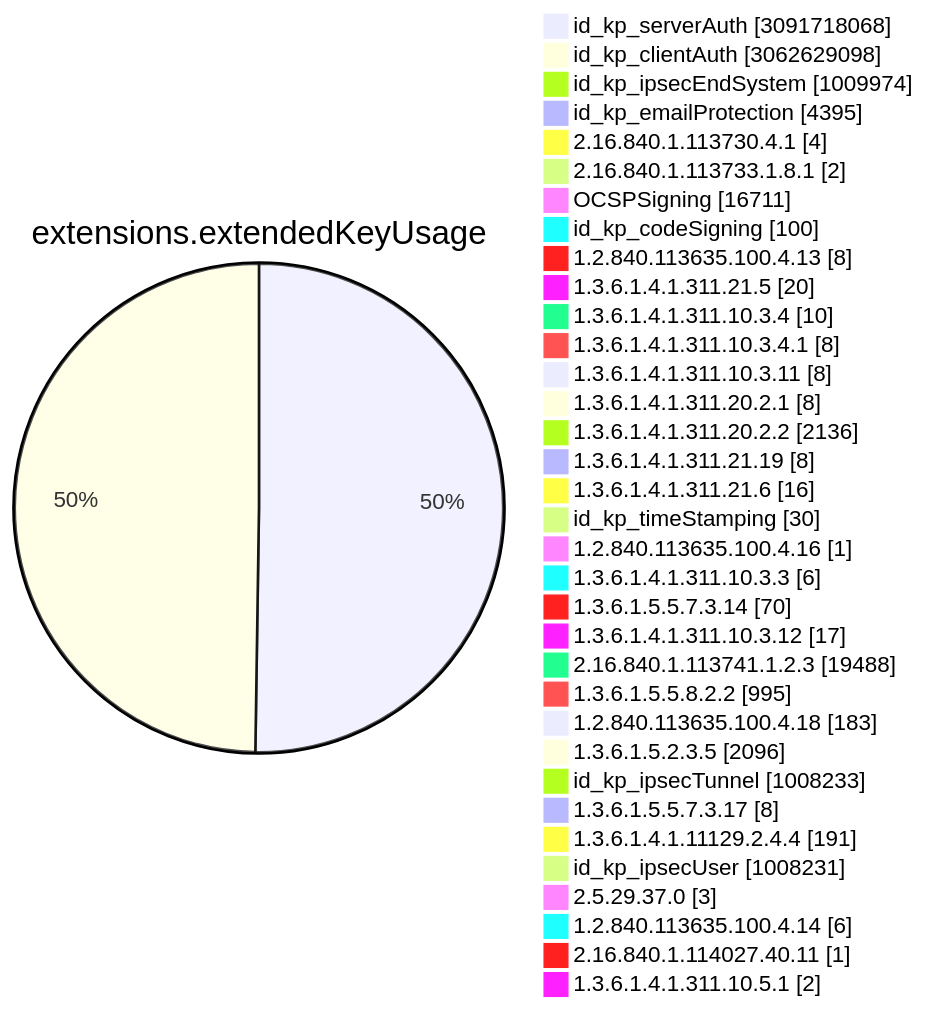
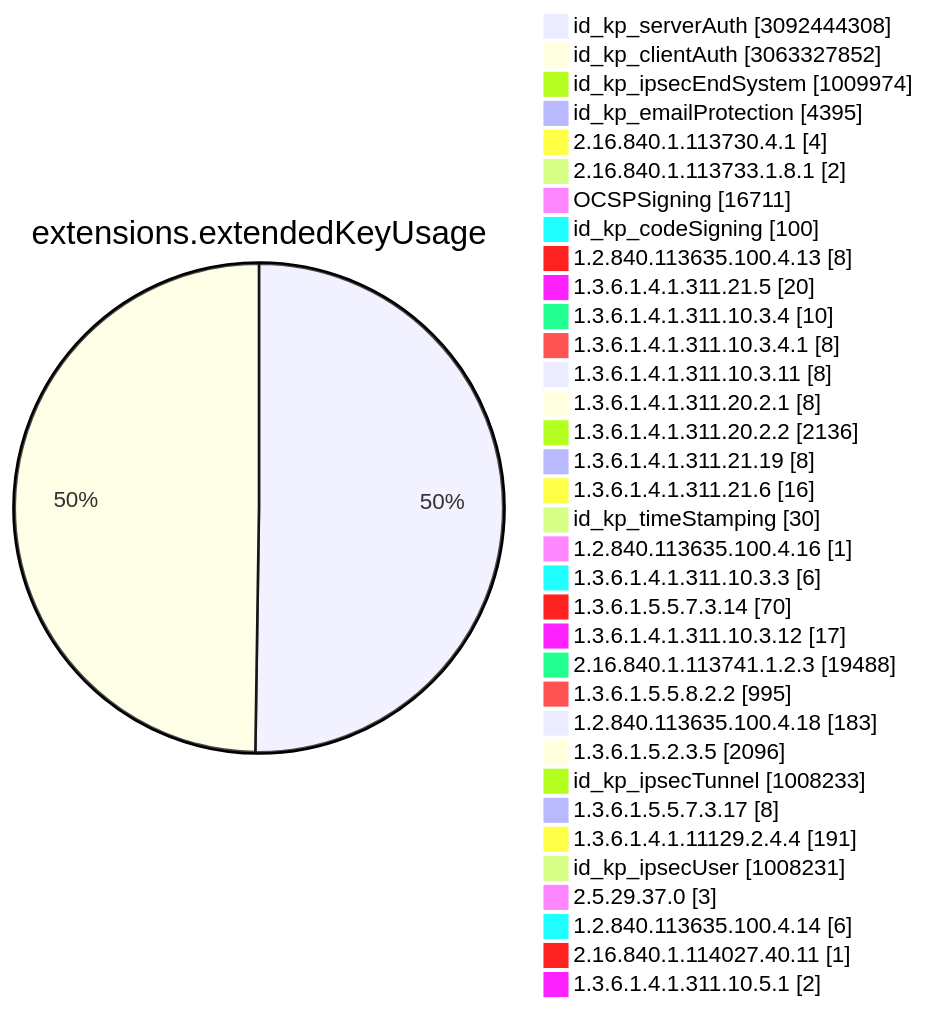
Diagram 11 of 15 in TOTAL/README.md (christiankrug/ctmonitor_visualization), drawn with Mermaid before and after one commit. The commit also changed other lines of this file, not shown here.

````diff
--- a/TOTAL/README.md
+++ b/TOTAL/README.md
@@ -4119,38 +4119,38 @@
 ```mermaid
 pie showData
 title extensions.extendedKeyUsage
-"id_kp_serverAuth" :3091718068
-"id_kp_clientAuth" :3062629098
+"id_kp_serverAuth" :3092444308
+"id_kp_clientAuth" :3063327852
 "id_kp_ipsecEndSystem" :1009974
 "id_kp_emailProtection" :4395
 "2.16.840.1.113730.4.1" :4
 "2.16.840.1.113733.1.8.1" :2
 "OCSPSigning" :16711
 "id_kp_codeSigning" :100
 "1.2.840.113635.100.4.13" :8
 "1.3.6.1.4.1.311.21.5" :20
 "1.3.6.1.4.1.311.10.3.4" :10
 "1.3.6.1.4.1.311.10.3.4.1" :8
 "1.3.6.1.4.1.311.10.3.11" :8
 "1.3.6.1.4.1.311.20.2.1" :8
 "1.3.6.1.4.1.311.20.2.2" :2136
 "1.3.6.1.4.1.311.21.19" :8
 "1.3.6.1.4.1.311.21.6" :16
 "id_kp_timeStamping" :30
 "1.2.840.113635.100.4.16" :1
 "1.3.6.1.4.1.311.10.3.3" :6
 "1.3.6.1.5.5.7.3.14" :70
 "1.3.6.1.4.1.311.10.3.12" :17
 "2.16.840.1.113741.1.2.3" :19488
 "1.3.6.1.5.5.8.2.2" :995
 "1.2.840.113635.100.4.18" :183
 "1.3.6.1.5.2.3.5" :2096
 "id_kp_ipsecTunnel" :1008233
 "1.3.6.1.5.5.7.3.17" :8
 "1.3.6.1.4.1.11129.2.4.4" :191
 "id_kp_ipsecUser" :1008231
 "2.5.29.37.0" :3
 "1.2.840.113635.100.4.14" :6
 "2.16.840.1.114027.40.11" :1
 "1.3.6.1.4.1.311.10.5.1" :2
 ```
````
